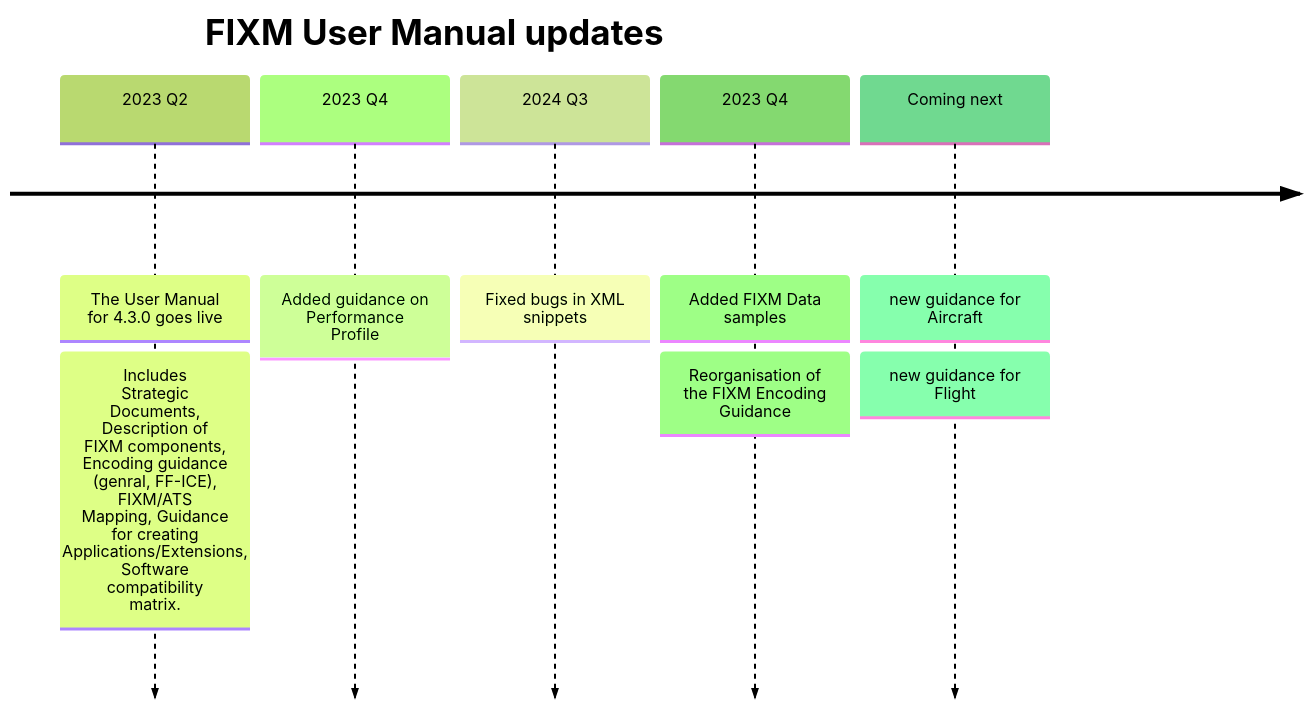
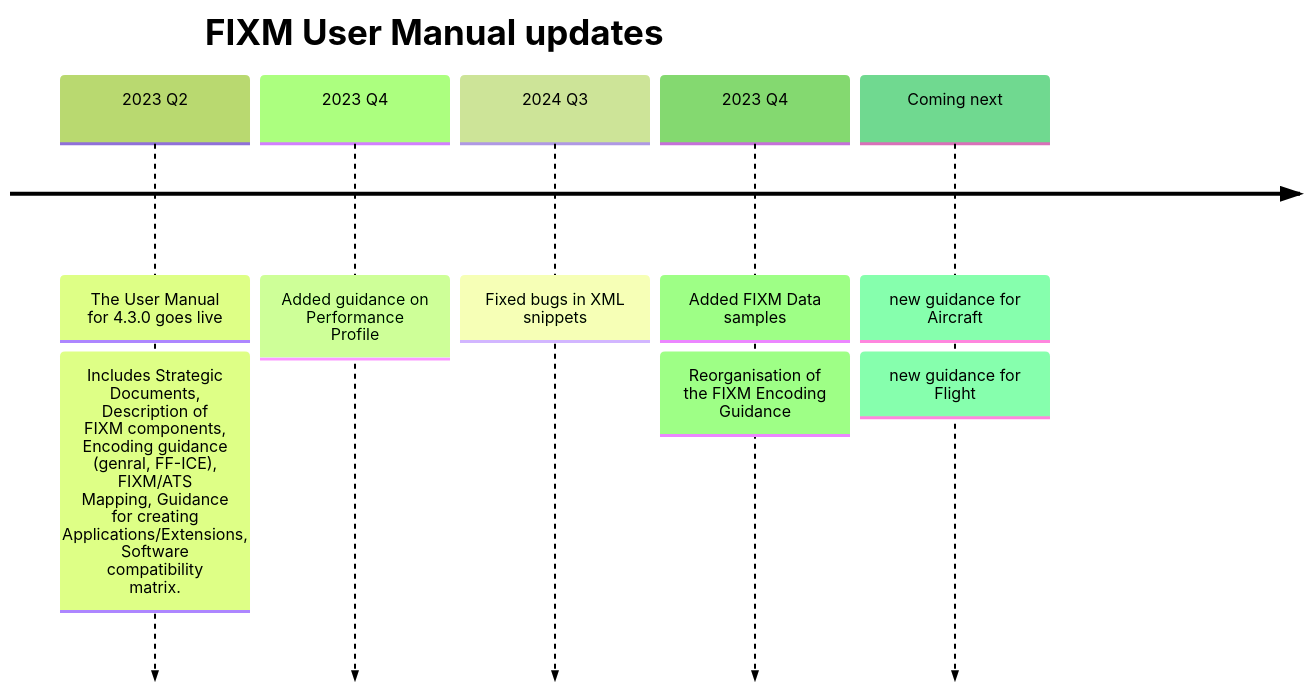
Before and after one commit to fixm-ccb/sandbox: the diagram in docs/topic3/test_fx_flight.md, drawn with Mermaid.

````diff
--- a/docs/topic3/test_fx_flight.md
+++ b/docs/topic3/test_fx_flight.md
@@ -4,10 +4,10 @@
 ```mermaid
 %%{init: { 'logLevel': 'debug', 'theme': 'forest' } }%%
 timeline
   title FIXM User Manual updates 
-    2023 Q2 : The User Manual for 4.3.0 goes live : Includes<br>Strategic Documents, Description of FIXM components, Encoding guidance (genral, FF-ICE), FIXM/ATS Mapping, Guidance for creating Applications/Extensions, Software compatibility matrix.
+    2023 Q2 : The User Manual for 4.3.0 goes live : Includes Strategic Documents, Description of FIXM components, Encoding guidance (genral, FF-ICE), FIXM/ATS Mapping, Guidance for creating Applications/Extensions, Software compatibility matrix.
     2023 Q4 : Added guidance on Performance Profile
     2024 Q3 : Fixed bugs in XML snippets
     2023 Q4 : Added FIXM Data samples : Reorganisation of the FIXM Encoding Guidance
     Coming next : new guidance for Aircraft : new guidance for Flight
 ```
````
